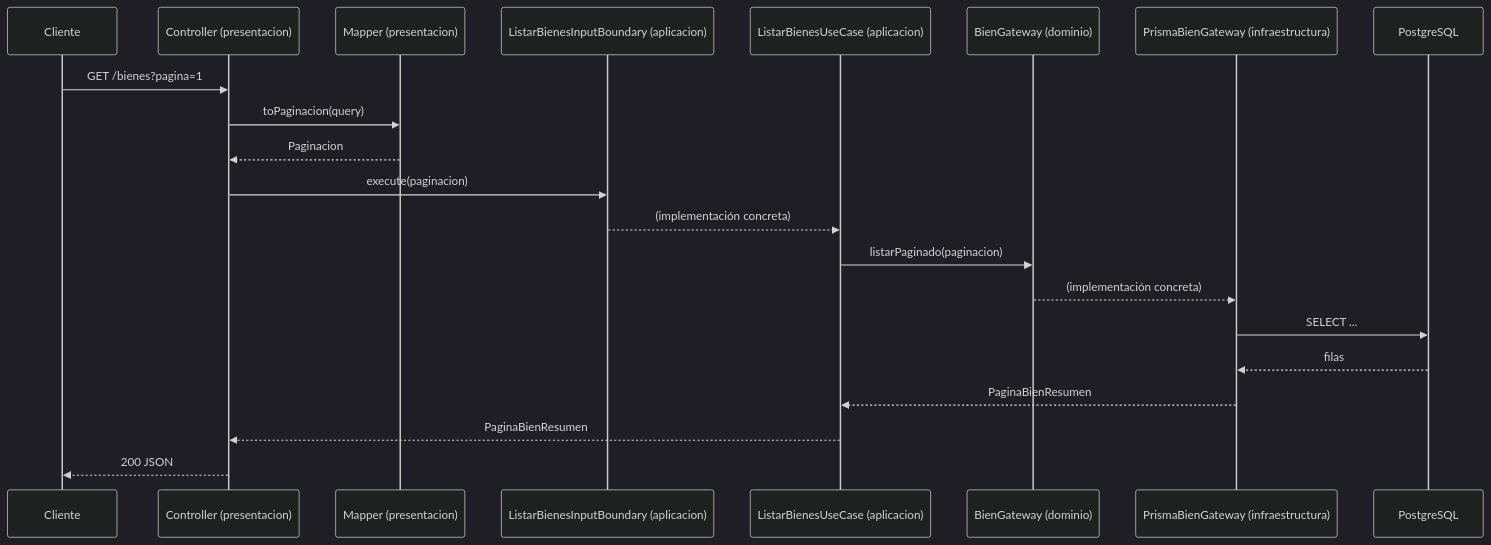
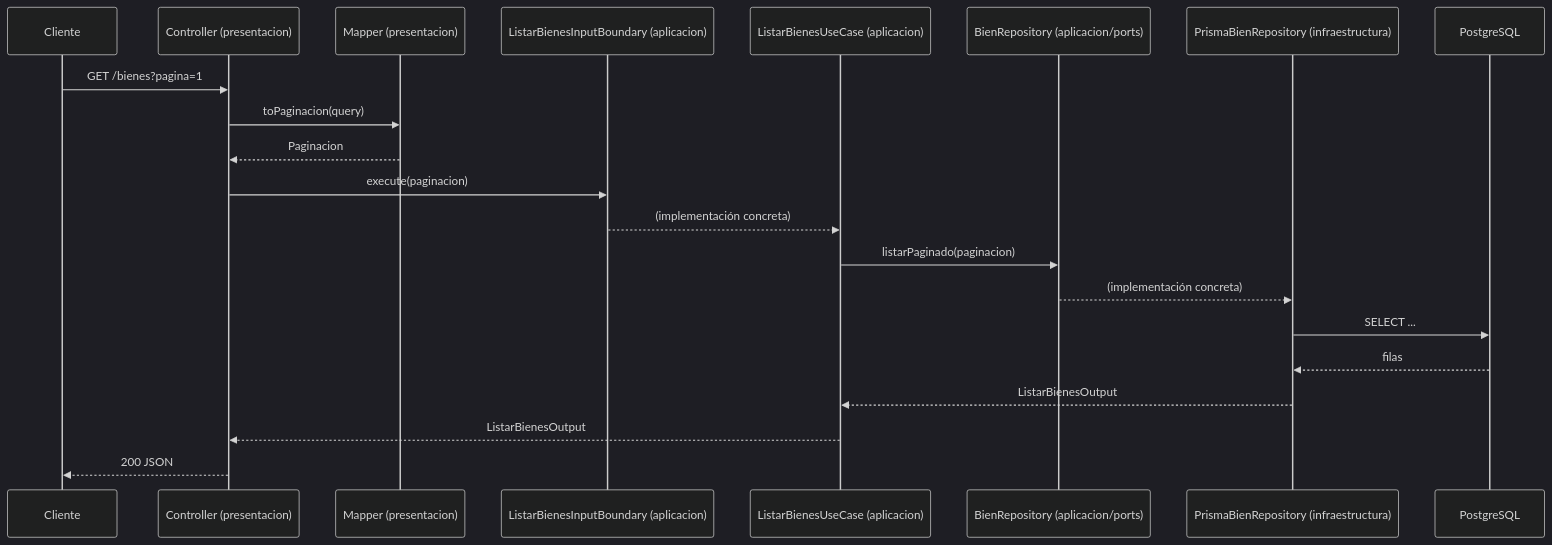
One commit to epf-21/mockup-sgaf-back changed the second of 2 diagrams in docs/ARCHITECTURE.md. Above: the diagram before and after it, drawn with Mermaid (dark theme). The commit also changed other lines of this file and 181 other files, not shown here.

````diff
--- a/docs/ARCHITECTURE.md
+++ b/docs/ARCHITECTURE.md
@@ -313,24 +398,24 @@
 ```mermaid
 sequenceDiagram
     participant Cliente
     participant Controller as Controller (presentacion)
     participant Mapper as Mapper (presentacion)
     participant IB as ListarBienesInputBoundary (aplicacion)
     participant UseCase as ListarBienesUseCase (aplicacion)
-    participant Gateway as BienGateway (dominio)
-    participant Repo as PrismaBienGateway (infraestructura)
+    participant Port as BienRepository (aplicacion/ports)
+    participant Repo as PrismaBienRepository (infraestructura)
     participant DB as PostgreSQL
 
     Cliente->>Controller: GET /bienes?pagina=1
     Controller->>Mapper: toPaginacion(query)
     Mapper-->>Controller: Paginacion
     Controller->>IB: execute(paginacion)
     IB-->>UseCase: (implementación concreta)
-    UseCase->>Gateway: listarPaginado(paginacion)
-    Gateway-->>Repo: (implementación concreta)
+    UseCase->>Port: listarPaginado(paginacion)
+    Port-->>Repo: (implementación concreta)
     Repo->>DB: SELECT ...
     DB-->>Repo: filas
-    Repo-->>UseCase: PaginaBienResumen
-    UseCase-->>Controller: PaginaBienResumen
+    Repo-->>UseCase: ListarBienesOutput
+    UseCase-->>Controller: ListarBienesOutput
     Controller-->>Cliente: 200 JSON
 ```
````
